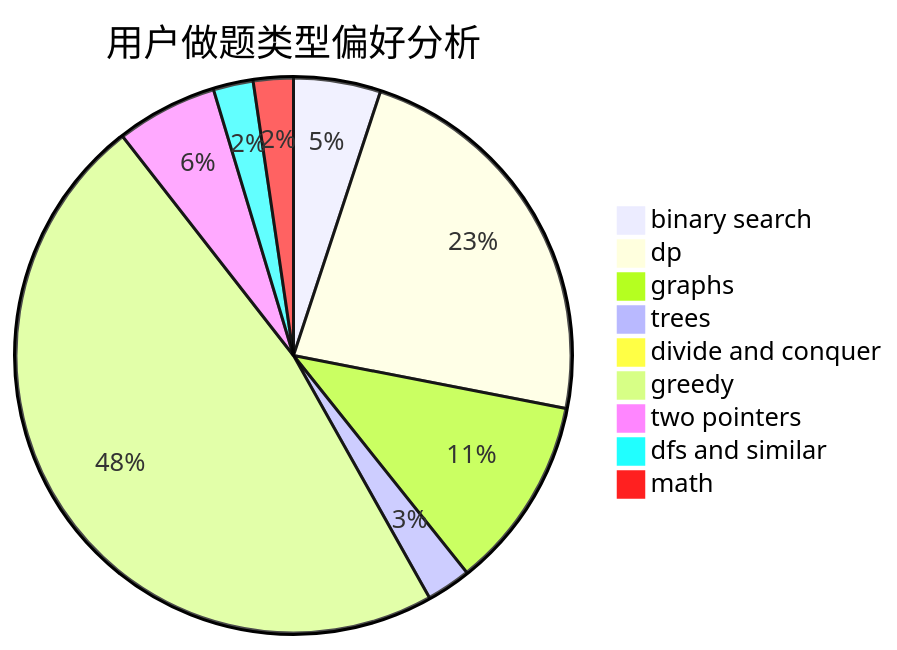
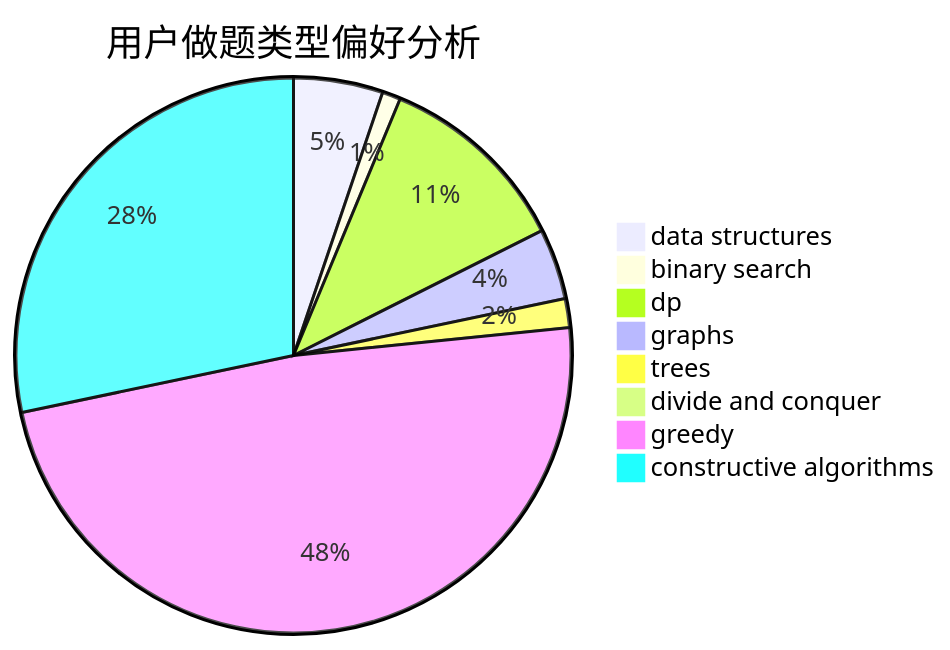
One commit to sherpahu/cfrs.github.io changed the second of 3 diagrams in docs/user/u719.md. Above: the diagram before and after it, drawn with Mermaid. The commit also changed other lines of this file and 2775 other files, not shown here.

````diff
--- a/docs/user/u719.md
+++ b/docs/user/u719.md
@@ -23,12 +23,11 @@
 ```mermaid
 pie title 用户做题类型偏好分析
-    "binary search" :  98
-    "dp" :  445
-    "graphs" :  217
-    "trees" :  50
+    "data structures" :  34
+    "binary search" :  7
+    "dp" :  74
+    "graphs" :  27
+    "trees" :  11
     "divide and conquer" :  0
-    "greedy" :  921
-    "two pointers" :  114
-    "dfs and similar" :  45
-    "math" :  45
+    "greedy" :  316
+    "constructive algorithms" :  185
 ```
````
